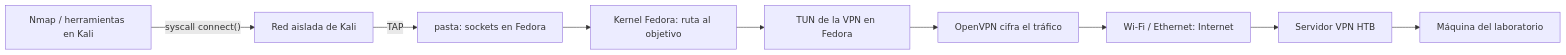
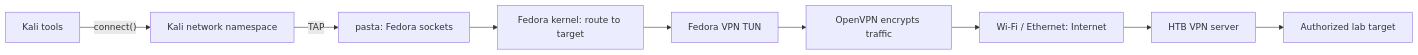
Before and after one commit to cschavezv03-ops/kali-in-fedora: the diagram in docs/htb.md, drawn with Mermaid. The commit also changed other lines of this file and 8 other files, not shown here.

````diff
--- a/docs/htb.md
+++ b/docs/htb.md
@@ -164,11 +77,11 @@
 ```mermaid
 flowchart LR
-    K["Nmap / herramientas en Kali"] -->|"syscall connect()"| N["Red aislada de Kali"]
-    N -->|"TAP"| P["pasta: sockets en Fedora"]
-    P --> R["Kernel Fedora: ruta al objetivo"]
-    R --> T["TUN de la VPN en Fedora"]
-    T --> O["OpenVPN cifra el tráfico"]
+    K["Kali tools"] -->|"connect()"| N["Kali network namespace"]
+    N -->|"TAP"| P["pasta: Fedora sockets"]
+    P --> R["Fedora kernel: route to target"]
+    R --> T["Fedora VPN TUN"]
+    T --> O["OpenVPN encrypts traffic"]
     O --> I["Wi-Fi / Ethernet: Internet"]
-    I --> H["Servidor VPN HTB"]
-    H --> M["Máquina del laboratorio"]
+    I --> H["HTB VPN server"]
+    H --> M["Authorized lab target"]
 ```
````
